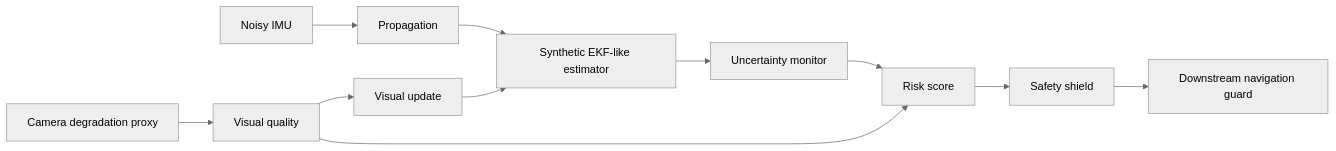
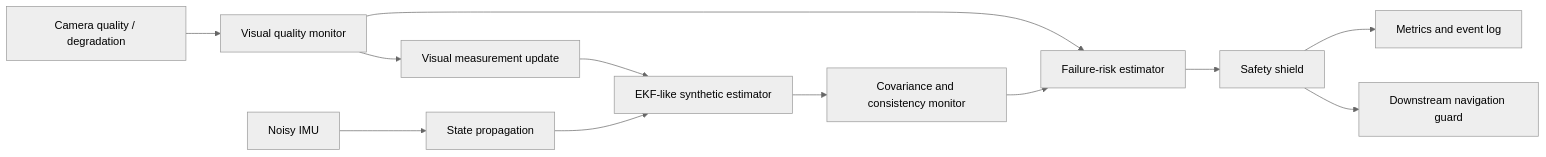
The first of 2 diagrams in README.md (panagiotagrosdouli/SHIELD-VIO), drawn with Mermaid (neutral theme) before and after one commit. The commit also changed other lines of this file, not shown here.

Commit message:
docs: redesign README as safety-aware VIO research project

````diff
--- a/README.md
+++ b/README.md
@@ -79,13 +41,14 @@
 ```mermaid
 flowchart LR
-  CAM[Camera degradation proxy] --> FE[Visual quality]
-  IMU[Noisy IMU] --> PROP[Propagation]
-  FE --> UPD[Visual update]
-  PROP --> EKF[Synthetic EKF-like estimator]
-  UPD --> EKF
-  EKF --> UNC[Uncertainty monitor]
-  UNC --> RISK[Risk score]
-  FE --> RISK
-  RISK --> SHIELD[Safety shield]
-  SHIELD --> NAV[Downstream navigation guard]
+    CAM[Camera quality / degradation] --> FE[Visual quality monitor]
+    IMU[Noisy IMU] --> PROP[State propagation]
+    FE --> UPD[Visual measurement update]
+    PROP --> EST[EKF-like synthetic estimator]
+    UPD --> EST
+    EST --> UNC[Covariance and consistency monitor]
+    FE --> RISK[Failure-risk estimator]
+    UNC --> RISK
+    RISK --> SHIELD[Safety shield]
+    SHIELD --> NAV[Downstream navigation guard]
+    SHIELD --> LOG[Metrics and event log]
 ```
````
